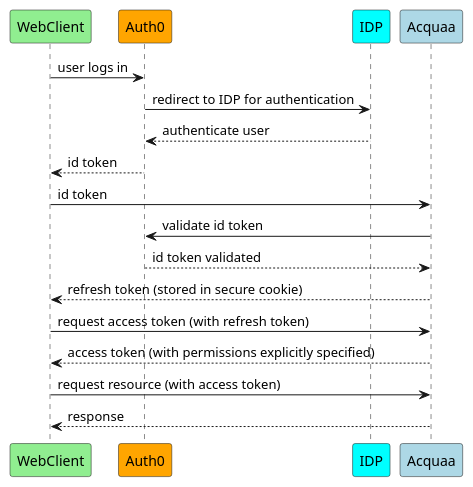
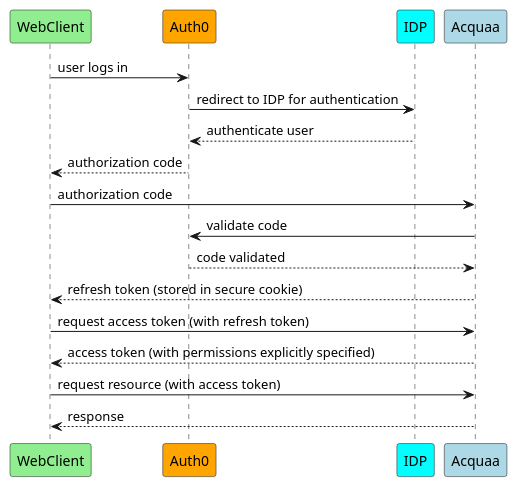
Before and after one commit to acquaa-org/wiki: the diagram in diagrams/auth/login.puml, drawn with PlantUML. The commit also changed 1 other file, not shown here.

Commit message:
Update login diagram

```diff
--- a/diagrams/auth/login.puml
+++ b/diagrams/auth/login.puml
@@ -1,23 +1,23 @@
 @startuml Login
 participant WebClient #lightgreen
 participant Auth0 #orange
 participant IDP #cyan
 participant Acquaa #lightblue
 
 WebClient -> Auth0 : user logs in
 Auth0 -> IDP : redirect to IDP for authentication
 IDP --> Auth0 : authenticate user
-Auth0 --> WebClient : id token
-WebClient -> Acquaa : id token
+Auth0 --> WebClient : authorization code
+WebClient -> Acquaa : authorization code
 
-Acquaa -> Auth0 : validate id token
-Auth0 --> Acquaa : id token validated
+Acquaa -> Auth0 : validate code
+Auth0 --> Acquaa : code validated
 Acquaa --> WebClient : refresh token (stored in secure cookie)
 
 WebClient -> Acquaa : request access token (with refresh token)
 Acquaa --> WebClient : access token (with permissions explicitly specified)
 
 WebClient -> Acquaa : request resource (with access token)
 Acquaa --> WebClient : response
 
 @enduml
```
